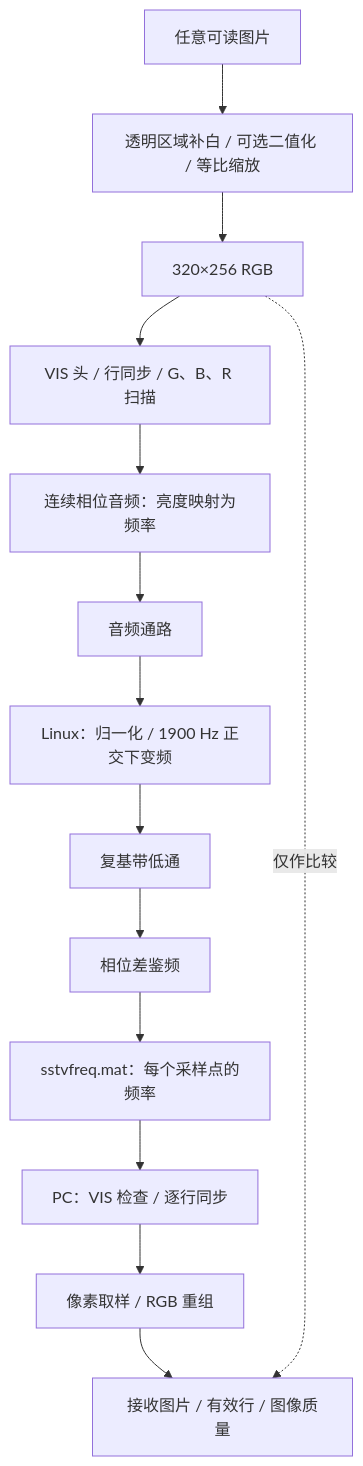
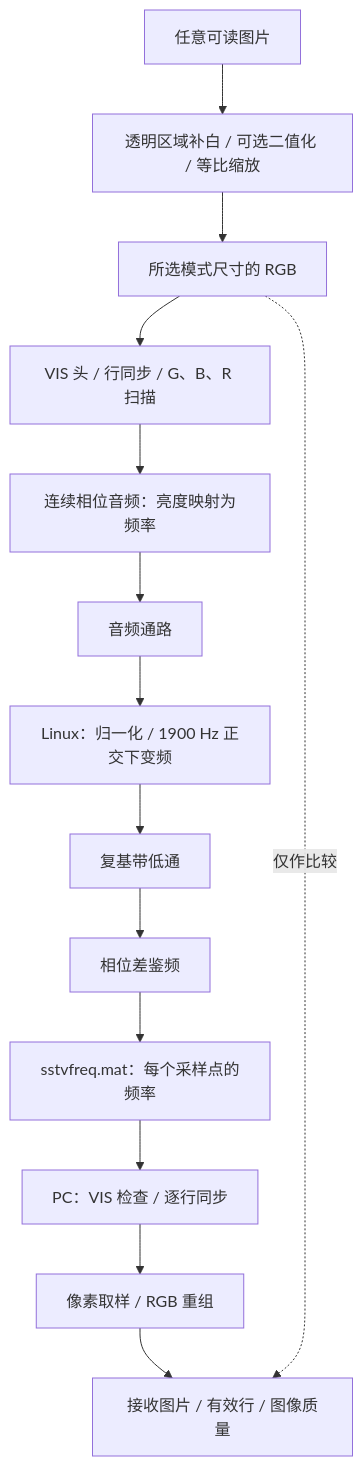
Before and after one commit to padhialuo0426/portable-acoustic-sdr: the diagram in documents/实验五_SSTV.md, drawn with Mermaid. The commit also changed other lines of this file and 32 other files, not shown here.

````diff
--- a/documents/实验五_SSTV.md
+++ b/documents/实验五_SSTV.md
@@ -13,12 +13,12 @@
 ```mermaid
 flowchart TB
     image["任意可读图片"] --> prepare["透明区域补白 / 可选二值化 / 等比缩放"]
-    prepare --> rgb["320×256 RGB"] --> scan["VIS 头 / 行同步 / G、B、R 扫描"]
+    prepare --> rgb["所选模式尺寸的 RGB"] --> scan["VIS 头 / 行同步 / G、B、R 扫描"]
     scan --> fm["连续相位音频：亮度映射为频率"] --> channel["音频通路"]
     channel --> mixer["Linux：归一化 / 1900 Hz 正交下变频"]
     mixer --> filter["复基带低通"] --> discriminator["相位差鉴频"]
     discriminator --> mat["sstvfreq.mat：每个采样点的频率"]
     mat --> vis["PC：VIS 检查 / 逐行同步"] --> pixels["像素取样 / RGB 重组"]
     pixels --> result["接收图片 / 有效行 / 图像质量"]
     rgb -.->|"仅作比较"| result
 ```
````
